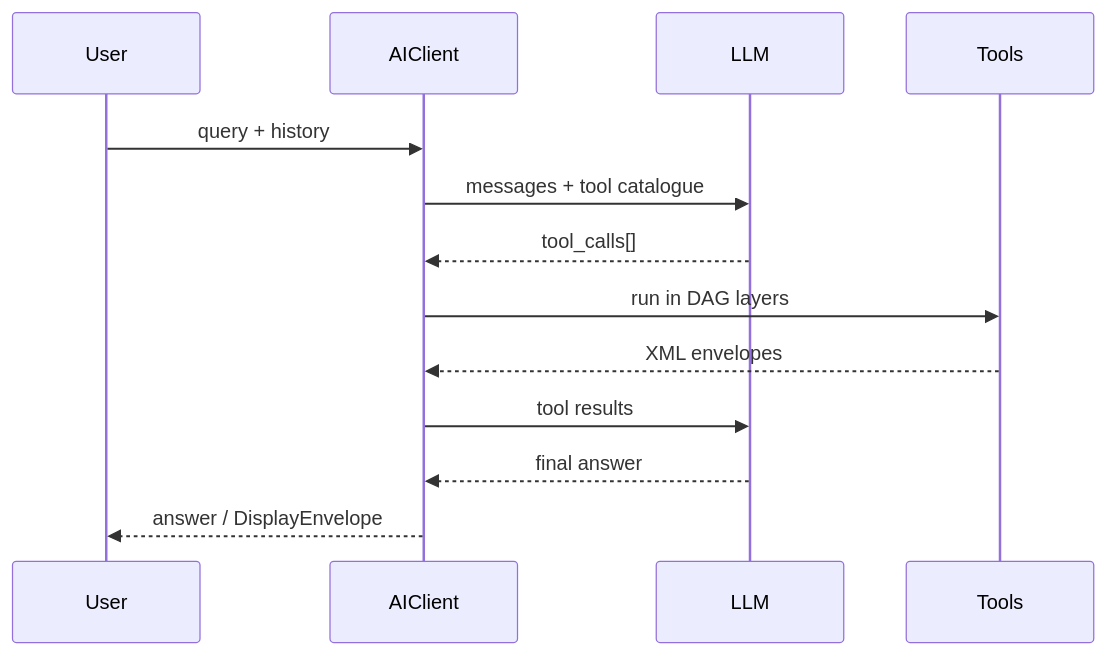
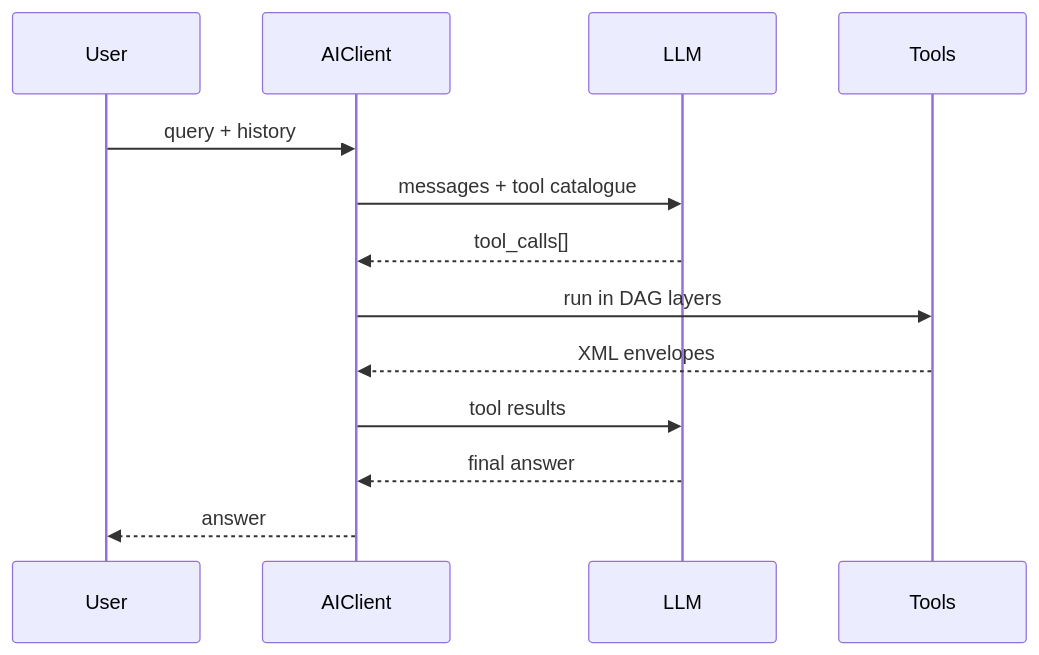
The diagram in docs/guides/ai_client.md (DeanDiasti/seqoria_agent), drawn with Mermaid before and after one commit. The commit also changed other lines of this file and 104 other files, not shown here.

````diff
--- a/docs/guides/ai_client.md
+++ b/docs/guides/ai_client.md
@@ -9,15 +9,15 @@
 ```mermaid
 sequenceDiagram
   participant User
   participant AIClient
   participant LLM
   participant Tools
   User->>AIClient: query + history
   AIClient->>LLM: messages + tool catalogue
   LLM-->>AIClient: tool_calls[]
   AIClient->>Tools: run in DAG layers
   Tools-->>AIClient: XML envelopes
   AIClient->>LLM: tool results
   LLM-->>AIClient: final answer
-  AIClient-->>User: answer / DisplayEnvelope
+  AIClient-->>User: answer
 ```
````
